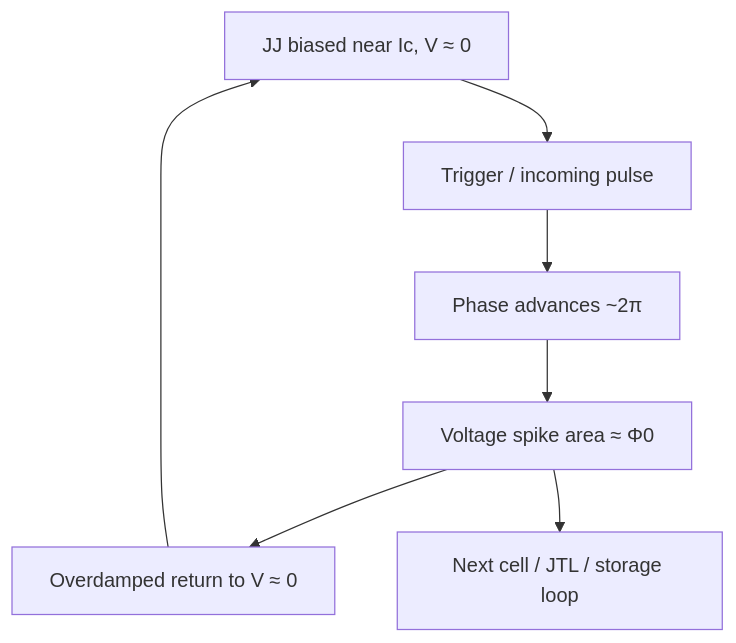
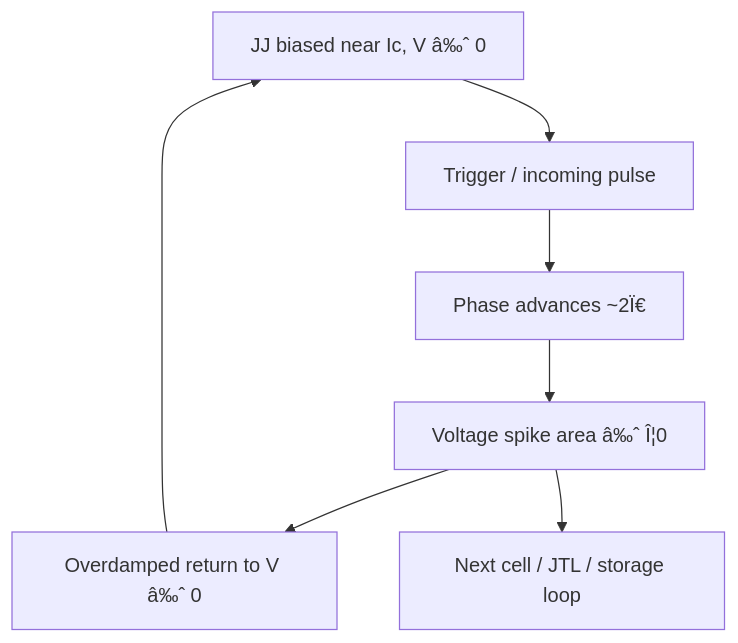
One commit to Single-Flux-Quantum/sfq-learn-public changed the second of 2 diagrams in docs/bridge/phase-to-pulse.md. Above: the diagram before and after it, drawn with Mermaid. The commit also changed other lines of this file and 41 other files, not shown here.

````diff
--- a/docs/bridge/phase-to-pulse.md
+++ b/docs/bridge/phase-to-pulse.md
@@ -257,9 +257,9 @@
 ```mermaid
 flowchart TD
-  Idle[JJ biased near Ic, V ≈ 0] --> Trig[Trigger / incoming pulse]
-  Trig --> Slip[Phase advances ~2π]
-  Slip --> Pulse[Voltage spike area ≈ Φ0]
-  Pulse --> Recover[Overdamped return to V ≈ 0]
+  Idle[JJ biased near Ic, V â‰ˆ 0] --> Trig[Trigger / incoming pulse]
+  Trig --> Slip[Phase advances ~2Ï€]
+  Slip --> Pulse[Voltage spike area â‰ˆ Î¦0]
+  Pulse --> Recover[Overdamped return to V â‰ˆ 0]
   Recover --> Idle
   Pulse --> Next[Next cell / JTL / storage loop]
 ```
````
